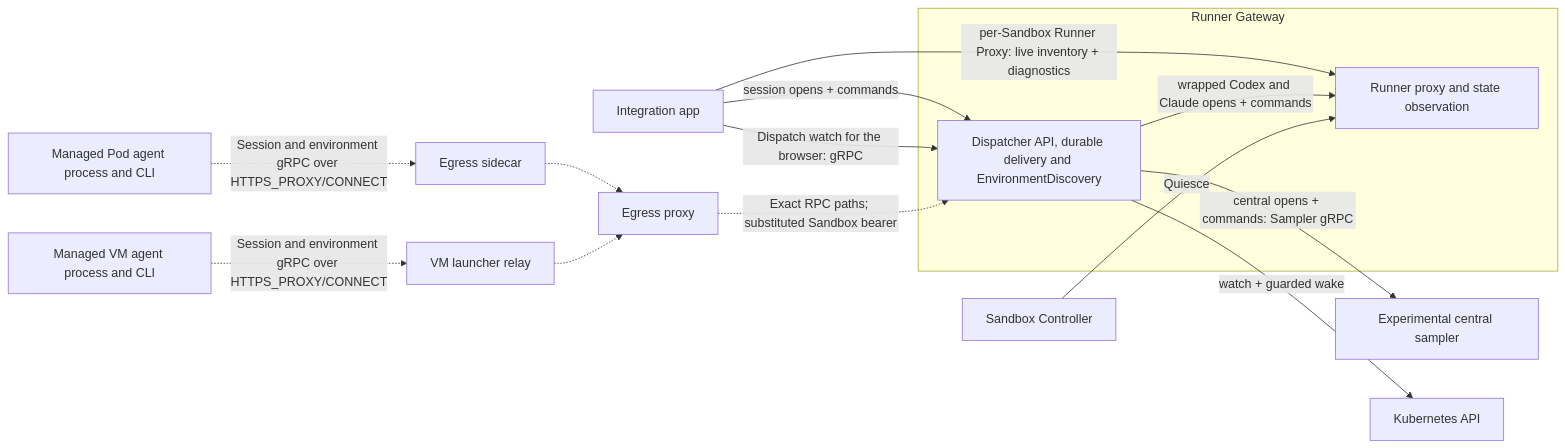
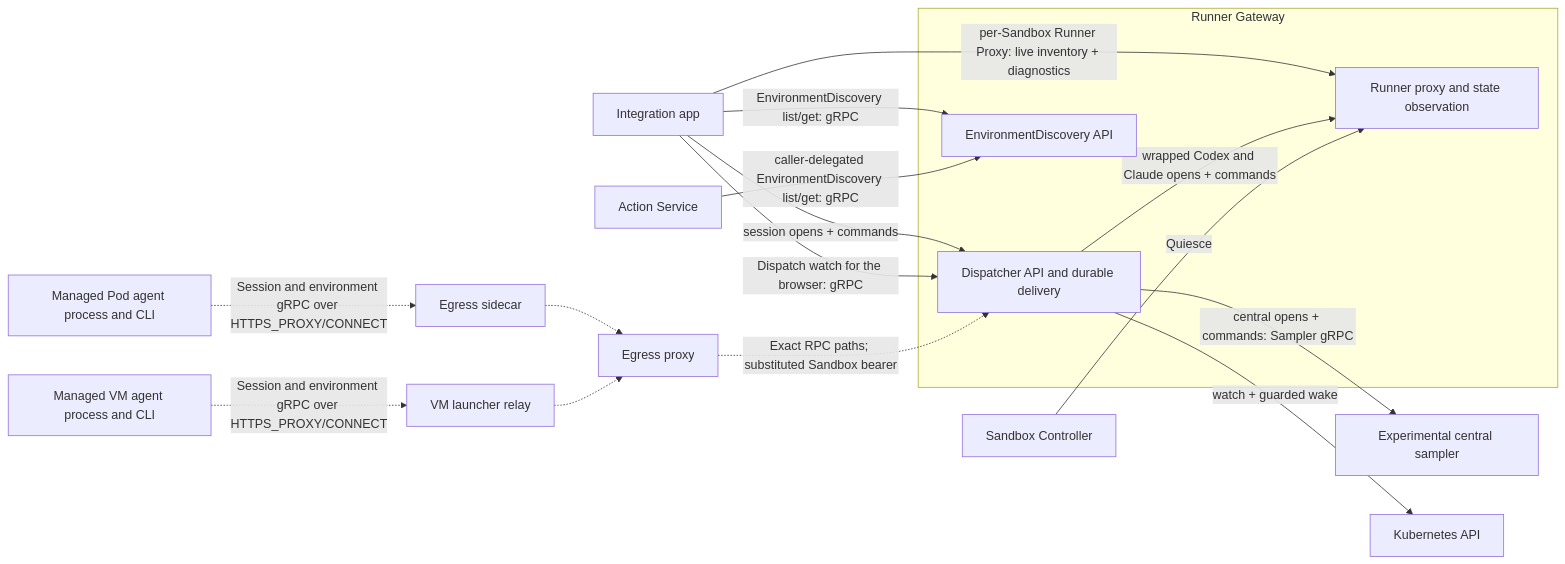
One commit to agentydragon/ducktape changed the first of 9 diagrams in agentplane/docs/system_overview.md. Above: the diagram before and after it, drawn with Mermaid. The commit also changed other lines of this file and 17 other files, not shown here.

Commit message:
Enable delegated EnvironmentDiscovery reads

````diff
--- a/agentplane/docs/system_overview.md
+++ b/agentplane/docs/system_overview.md
@@ -14,28 +14,32 @@
 ```mermaid
 flowchart LR
     app[Integration app]
+    actions[Action Service]
     subgraph unified[Runner Gateway]
-        dispatcher[Dispatcher API, durable delivery and EnvironmentDiscovery]
+        dispatcher[Dispatcher API and durable delivery]
+        discovery[EnvironmentDiscovery API]
         gateway[Runner proxy and state observation]
     end
     pod[Managed Pod agent process and CLI]
     sidecar[Egress sidecar]
     guest[Managed VM agent process and CLI]
     relay[VM launcher relay]
     egress[Egress proxy]
     central[Experimental central sampler]
     sandboxctl[Sandbox Controller]
     k8s[Kubernetes API]
     app -->|session opens + commands| dispatcher
     app -->|Dispatch watch for the browser: gRPC| dispatcher
+    app -->|EnvironmentDiscovery list/get: gRPC| discovery
+    actions -->|caller-delegated EnvironmentDiscovery list/get: gRPC| discovery
     app -->|per-Sandbox Runner Proxy: live inventory + diagnostics| gateway
     dispatcher -->|wrapped Codex and Claude opens + commands| gateway
     dispatcher -->|central opens + commands: Sampler gRPC| central
     sandboxctl -->|Quiesce| gateway
     dispatcher -->|watch + guarded wake| k8s
     pod -.->|Session and environment gRPC over HTTPS_PROXY/CONNECT| sidecar
     guest -.->|Session and environment gRPC over HTTPS_PROXY/CONNECT| relay
     sidecar -.-> egress
     relay -.-> egress
     egress -.->|Exact RPC paths; substituted Sandbox bearer| dispatcher
 ```
````
